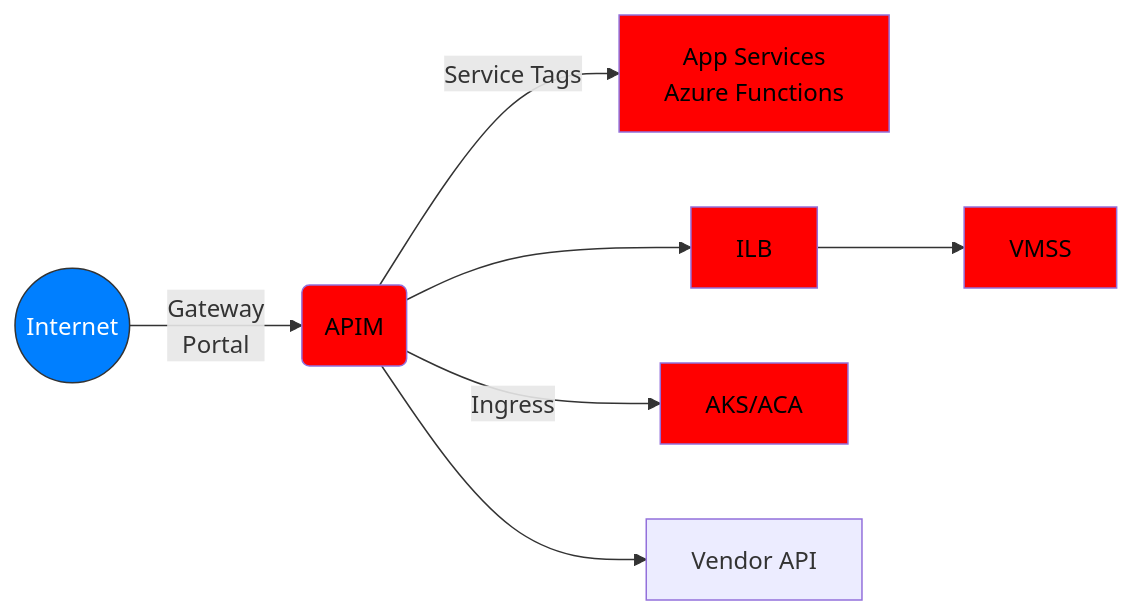
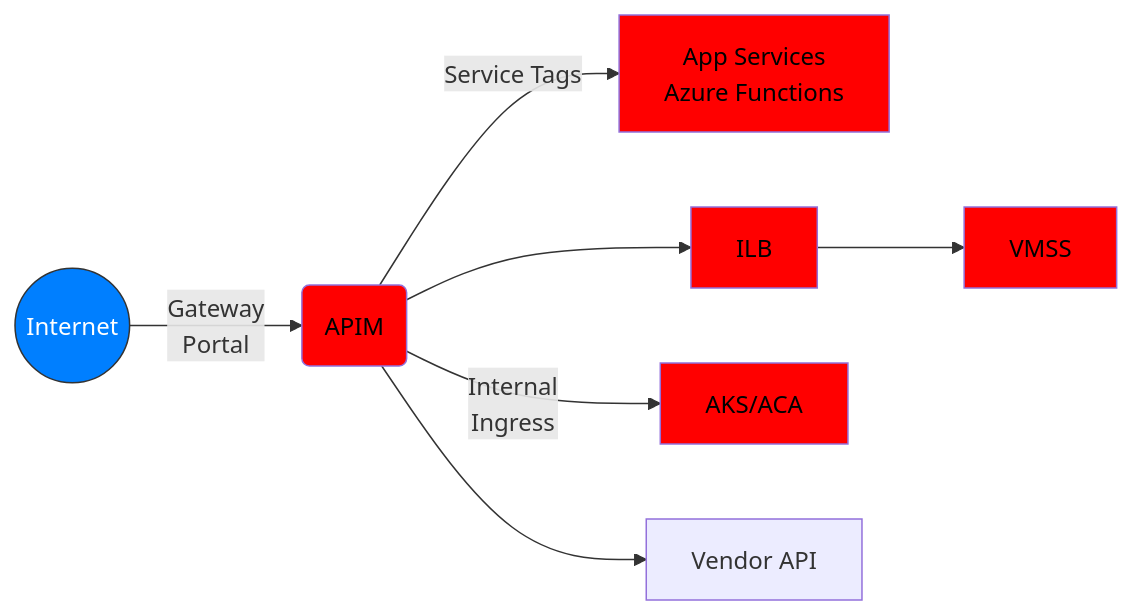
Before and after one commit to msalemor/azure-apim-networking: the second of 3 diagrams in README.md, drawn with Mermaid.

````diff
--- a/README.md
+++ b/README.md
@@ -37,14 +37,14 @@
 ```mermaid
 graph LR;
     A((Internet))--Gateway<br/>Portal-->B(APIM)
     B--Service Tags-->C[App Services<br/>Azure Functions]
     B-->D[ILB];
     D-->F[VMSS];
-    B--Ingress-->E[AKS/ACA];
+    B--Internal<br/>Ingress-->E[AKS/ACA];
     B-->G[Vendor API]
     style A fill:#007FFF,stroke:#333,stroke-width:1px,color:#fff;    
     classDef unsafe fill:#4DFF4D,stroke:#333,stroke-width:1px,color:black;
     class X unsafe;
     classDef safe fill:red,color:black;
     class C,Z,B,D,F,E,M safe;
 ```
````
